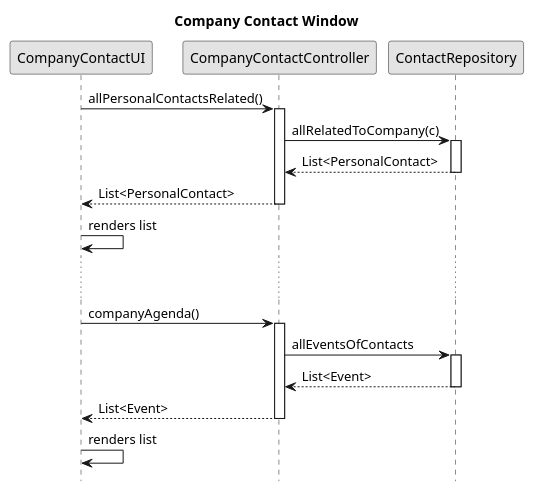
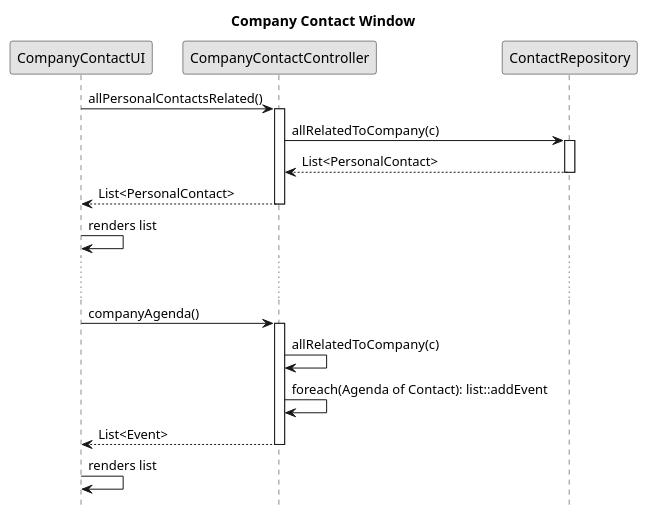
The diagram in src/main/java/lapr4/green/s2/core/n1150738/contacts/us10.1.2_comp_contacts_window.puml (MikeTekOn/lapr4-2017-2dd), drawn with PlantUML before and after one commit. The commit also changed 9 other files, not shown here.

```diff
--- a/src/main/java/lapr4/green/s2/core/n1150738/contacts/us10.1.2_comp_contacts_window.puml
+++ b/src/main/java/lapr4/green/s2/core/n1150738/contacts/us10.1.2_comp_contacts_window.puml
@@ -1,35 +1,34 @@
 @startuml us10.1.2_comp_contacts_window.png
 
 skinparam monochrome true
 skinparam packageStyle rect
 skinparam shadowing false
 hide footbox
 
 title Company Contact Window
 
 participant CompanyContactUI
 participant CompanyContactController
 participant ContactRepository
 
 CompanyContactUI -> CompanyContactController : allPersonalContactsRelated()
 activate CompanyContactController
     CompanyContactController -> ContactRepository: allRelatedToCompany(c)
     activate ContactRepository
     CompanyContactController <-- ContactRepository: List<PersonalContact>
     deactivate ContactRepository
 CompanyContactUI <-- CompanyContactController: List<PersonalContact>
 deactivate CompanyContactController
 CompanyContactUI -> CompanyContactUI: renders list
 ... ...
 CompanyContactUI -> CompanyContactController: companyAgenda()
 activate CompanyContactController
-    CompanyContactController -> ContactRepository: allEventsOfContacts
-        activate ContactRepository
-        CompanyContactController <-- ContactRepository: List<Event>
-        deactivate ContactRepository
+    CompanyContactController -> CompanyContactController: allRelatedToCompany(c)
+    CompanyContactController -> CompanyContactController:foreach(Agenda of Contact): list::addEvent
+
 CompanyContactUI <-- CompanyContactController: List<Event>
 deactivate CompanyContactController
 CompanyContactUI -> CompanyContactUI: renders list
 
 
 @enduml
```
